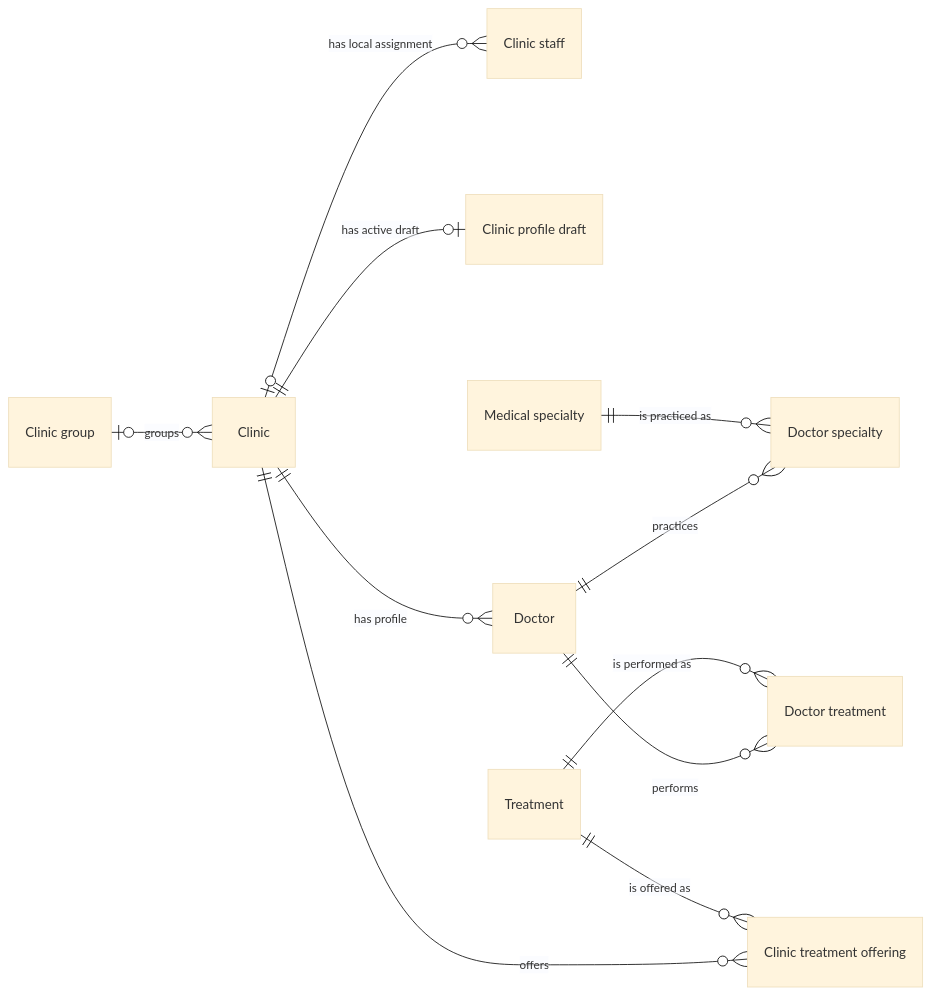
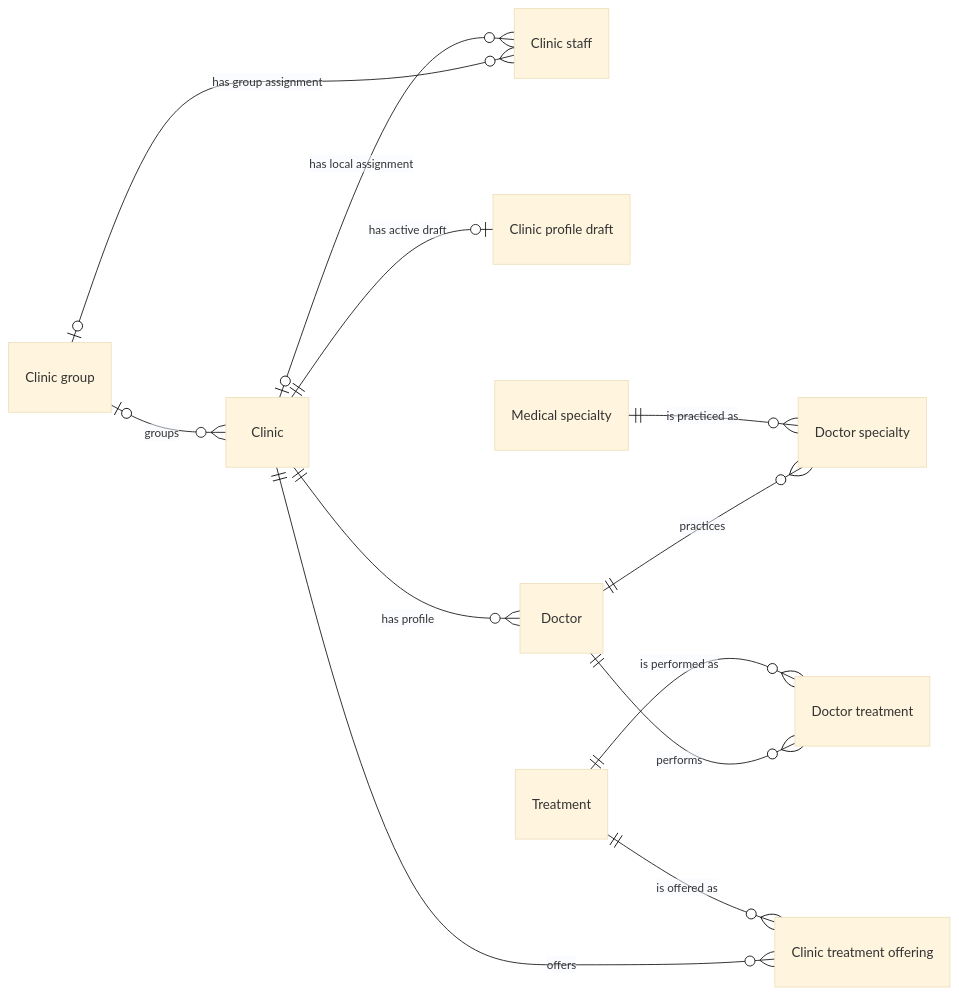
One commit to findmydoc-platform/website changed the diagram in docs/datamodel/er-current-model.md. Above: the diagram before and after it, drawn with Mermaid (base theme). The commit also changed other lines of this file and 11 other files, not shown here.

Commit message:
docs: align Website architecture and agent guidance

````diff
--- a/docs/datamodel/er-current-model.md
+++ b/docs/datamodel/er-current-model.md
@@ -10,22 +10,23 @@
 ```mermaid
 erDiagram
     direction LR
     Group["Clinic group"]
     Staff["Clinic staff"]
     Draft["Clinic profile draft"]
     Offering["Clinic treatment offering"]
     DoctorTreatment["Doctor treatment"]
     DoctorSpecialty["Doctor specialty"]
     Specialty["Medical specialty"]
 
     Group o|--o{ Clinic : "groups"
+    Group o|--o{ Staff : "has group assignment"
     Clinic o|--o{ Staff : "has local assignment"
     Clinic ||--o| Draft : "has active draft"
     Clinic ||--o{ Doctor : "has profile"
     Clinic ||--o{ Offering : "offers"
     Treatment ||--o{ Offering : "is offered as"
     Doctor ||--o{ DoctorTreatment : "performs"
     Treatment ||--o{ DoctorTreatment : "is performed as"
     Doctor ||--o{ DoctorSpecialty : "practices"
     Specialty ||--o{ DoctorSpecialty : "is practiced as"
 ```
````
